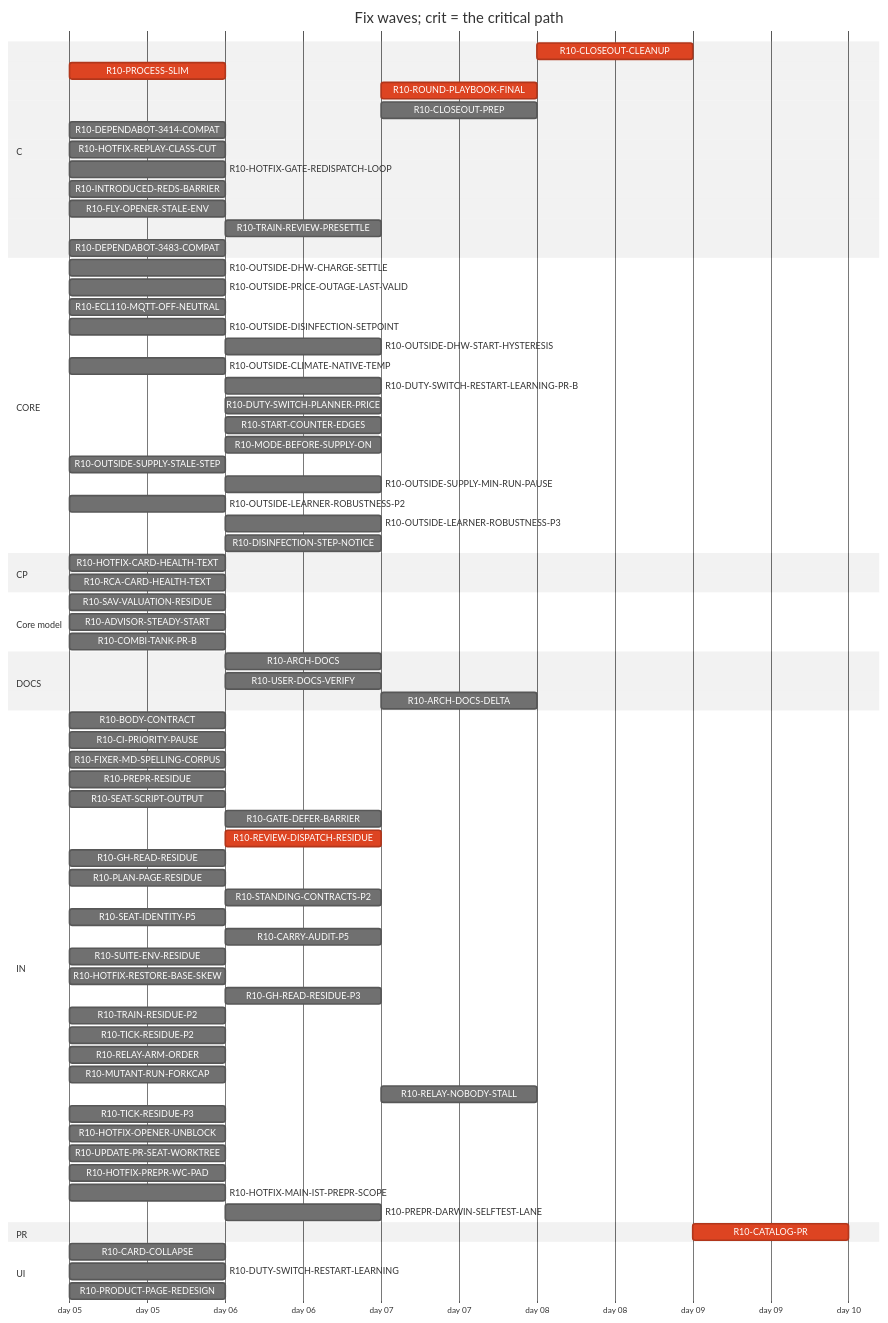
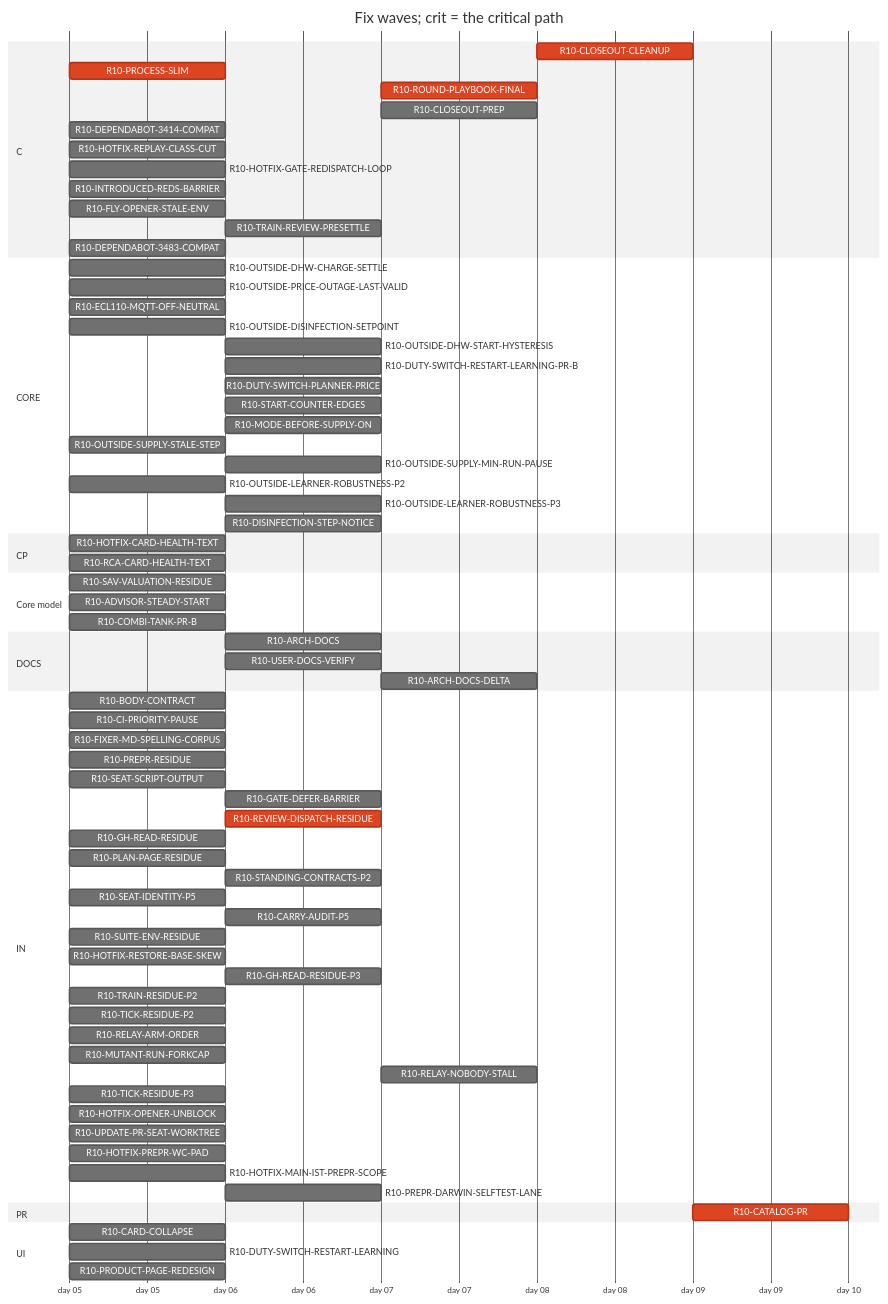
Before and after one commit to tvofi/heatpump_optimizer: the diagram in handoff/round10/state/PLAN-TABLE.md, drawn with Mermaid (neutral theme). The commit also changed other lines of this file and 3 other files, not shown here.

Commit message:
state: FLOW-BOARD.md, NEXT-SESSION-PROMPT.md, PLAN-TABLE.md, RESUME-CURRENT.md regenerated (state_docs.py)

````diff
--- a/handoff/round10/state/PLAN-TABLE.md
+++ b/handoff/round10/state/PLAN-TABLE.md
@@ -21,78 +21,77 @@
 ```mermaid
 gantt
   title Fix waves; crit = the critical path
   dateFormat YYYY-MM-DD
   axisFormat day %d
   section C
     R10-CLOSEOUT-CLEANUP :crit, r10CLOSEOUTCLEANUP, after r10ARCHDOCS r10USERDOCSVERIFY r10ROUNDPLAYBOOKFINAL r10CLOSEOUTPREP r10ARCHDOCSDELTA, 1d
     R10-PROCESS-SLIM :crit, r10PROCESSSLIM, 2026-01-05, 1d
     R10-ROUND-PLAYBOOK-FINAL :crit, r10ROUNDPLAYBOOKFINAL, after r10BODYCONTRACT r10PROCESSSLIM r10FIXERMDSPELLINGCORPUS r10PREPRRESIDUE r10SEATSCRIPTOUTPUT r10REVIEWDISPATCHRESIDUE r10CARRYAUDITP5 r10SEATIDENTITYP5 r10STANDINGCONTRACTSP2 r10PLANPAGERESIDUE r10GHREADRESIDUE r10SUITEENVRESIDUE r10GATEDEFERBARRIER, 1d
     R10-CLOSEOUT-PREP :r10CLOSEOUTPREP, after r10ARCHDOCS r10BODYCONTRACT r10PROCESSSLIM r10FIXERMDSPELLINGCORPUS r10PREPRRESIDUE r10SEATSCRIPTOUTPUT r10REVIEWDISPATCHRESIDUE r10CARRYAUDITP5 r10SEATIDENTITYP5 r10STANDINGCONTRACTSP2 r10PLANPAGERESIDUE r10GHREADRESIDUE r10SUITEENVRESIDUE r10GATEDEFERBARRIER, 1d
     R10-DEPENDABOT-3414-COMPAT :r10DEPENDABOT3414COMPAT, 2026-01-05, 1d
     R10-HOTFIX-REPLAY-CLASS-CUT :r10HOTFIXREPLAYCLASSCUT, 2026-01-05, 1d
     R10-HOTFIX-GATE-REDISPATCH-LOOP :r10HOTFIXGATEREDISPATCHLOOP, 2026-01-05, 1d
     R10-INTRODUCED-REDS-BARRIER :r10INTRODUCEDREDSBARRIER, 2026-01-05, 1d
     R10-FLY-OPENER-STALE-ENV :r10FLYOPENERSTALEENV, 2026-01-05, 1d
     R10-TRAIN-REVIEW-PRESETTLE :r10TRAINREVIEWPRESETTLE, after r10TRAINRESIDUEP2, 1d
     R10-DEPENDABOT-3483-COMPAT :r10DEPENDABOT3483COMPAT, 2026-01-05, 1d
   section CORE
     R10-OUTSIDE-DHW-CHARGE-SETTLE :r10OUTSIDEDHWCHARGESETTLE, 2026-01-05, 1d
     R10-OUTSIDE-PRICE-OUTAGE-LAST-VALID :r10OUTSIDEPRICEOUTAGELASTVALID, 2026-01-05, 1d
     R10-ECL110-MQTT-OFF-NEUTRAL :r10ECL110MQTTOFFNEUTRAL, 2026-01-05, 1d
     R10-OUTSIDE-DISINFECTION-SETPOINT :r10OUTSIDEDISINFECTIONSETPOINT, 2026-01-05, 1d
     R10-OUTSIDE-DHW-START-HYSTERESIS :r10OUTSIDEDHWSTARTHYSTERESIS, after r10OUTSIDEDISINFECTIONSETPOINT, 1d
-    R10-OUTSIDE-CLIMATE-NATIVE-TEMP :r10OUTSIDECLIMATENATIVETEMP, 2026-01-05, 1d
     R10-DUTY-SWITCH-RESTART-LEARNING-PR-B :r10DUTYSWITCHRESTARTLEARNINGPRB, after r10DUTYSWITCHRESTARTLEARNING, 1d
     R10-DUTY-SWITCH-PLANNER-PRICE :r10DUTYSWITCHPLANNERPRICE, after r10DUTYSWITCHRESTARTLEARNING, 1d
     R10-START-COUNTER-EDGES :r10STARTCOUNTEREDGES, after r10DUTYSWITCHRESTARTLEARNING, 1d
     R10-MODE-BEFORE-SUPPLY-ON :r10MODEBEFORESUPPLYON, after r10DUTYSWITCHRESTARTLEARNING, 1d
     R10-OUTSIDE-SUPPLY-STALE-STEP :r10OUTSIDESUPPLYSTALESTEP, 2026-01-05, 1d
     R10-OUTSIDE-SUPPLY-MIN-RUN-PAUSE :r10OUTSIDESUPPLYMINRUNPAUSE, after r10OUTSIDESUPPLYSTALESTEP, 1d
     R10-OUTSIDE-LEARNER-ROBUSTNESS-P2 :r10OUTSIDELEARNERROBUSTNESSP2, 2026-01-05, 1d
     R10-OUTSIDE-LEARNER-ROBUSTNESS-P3 :r10OUTSIDELEARNERROBUSTNESSP3, after r10OUTSIDELEARNERROBUSTNESSP2, 1d
     R10-DISINFECTION-STEP-NOTICE :r10DISINFECTIONSTEPNOTICE, after r10OUTSIDEDISINFECTIONSETPOINT, 1d
   section CP
     R10-HOTFIX-CARD-HEALTH-TEXT :r10HOTFIXCARDHEALTHTEXT, 2026-01-05, 1d
     R10-RCA-CARD-HEALTH-TEXT :r10RCACARDHEALTHTEXT, 2026-01-05, 1d
   section Core model
     R10-SAV-VALUATION-RESIDUE :r10SAVVALUATIONRESIDUE, 2026-01-05, 1d
     R10-ADVISOR-STEADY-START :r10ADVISORSTEADYSTART, 2026-01-05, 1d
     R10-COMBI-TANK-PR-B :r10COMBITANKPRB, 2026-01-05, 1d
   section DOCS
     R10-ARCH-DOCS :r10ARCHDOCS, after r10BODYCONTRACT r10PROCESSSLIM, 1d
     R10-USER-DOCS-VERIFY :r10USERDOCSVERIFY, after r10PRODUCTPAGEREDESIGN, 1d
     R10-ARCH-DOCS-DELTA :r10ARCHDOCSDELTA, after r10ARCHDOCS r10SAVVALUATIONRESIDUE r10ADVISORSTEADYSTART r10COMBITANKPRB, 1d
   section IN
     R10-BODY-CONTRACT :r10BODYCONTRACT, 2026-01-05, 1d
     R10-CI-PRIORITY-PAUSE :r10CIPRIORITYPAUSE, 2026-01-05, 1d
     R10-FIXER-MD-SPELLING-CORPUS :r10FIXERMDSPELLINGCORPUS, 2026-01-05, 1d
     R10-PREPR-RESIDUE :r10PREPRRESIDUE, 2026-01-05, 1d
     R10-SEAT-SCRIPT-OUTPUT :r10SEATSCRIPTOUTPUT, 2026-01-05, 1d
     R10-GATE-DEFER-BARRIER :r10GATEDEFERBARRIER, after r10HOTFIXGATEREDISPATCHLOOP, 1d
     R10-REVIEW-DISPATCH-RESIDUE :crit, r10REVIEWDISPATCHRESIDUE, after r10PROCESSSLIM, 1d
     R10-GH-READ-RESIDUE :r10GHREADRESIDUE, 2026-01-05, 1d
     R10-PLAN-PAGE-RESIDUE :r10PLANPAGERESIDUE, 2026-01-05, 1d
     R10-STANDING-CONTRACTS-P2 :r10STANDINGCONTRACTSP2, after r10FIXERMDSPELLINGCORPUS, 1d
     R10-SEAT-IDENTITY-P5 :r10SEATIDENTITYP5, 2026-01-05, 1d
     R10-CARRY-AUDIT-P5 :r10CARRYAUDITP5, after r10BODYCONTRACT, 1d
     R10-SUITE-ENV-RESIDUE :r10SUITEENVRESIDUE, 2026-01-05, 1d
     R10-HOTFIX-RESTORE-BASE-SKEW :r10HOTFIXRESTOREBASESKEW, 2026-01-05, 1d
     R10-GH-READ-RESIDUE-P3 :r10GHREADRESIDUEP3, after r10GHREADRESIDUE, 1d
     R10-TRAIN-RESIDUE-P2 :r10TRAINRESIDUEP2, 2026-01-05, 1d
     R10-TICK-RESIDUE-P2 :r10TICKRESIDUEP2, 2026-01-05, 1d
     R10-RELAY-ARM-ORDER :r10RELAYARMORDER, 2026-01-05, 1d
     R10-MUTANT-RUN-FORKCAP :r10MUTANTRUNFORKCAP, 2026-01-05, 1d
     R10-RELAY-NOBODY-STALL :r10RELAYNOBODYSTALL, after r10RELAYARMORDER r10REVIEWDISPATCHRESIDUE, 1d
     R10-TICK-RESIDUE-P3 :r10TICKRESIDUEP3, 2026-01-05, 1d
     R10-HOTFIX-OPENER-UNBLOCK :r10HOTFIXOPENERUNBLOCK, 2026-01-05, 1d
     R10-UPDATE-PR-SEAT-WORKTREE :r10UPDATEPRSEATWORKTREE, 2026-01-05, 1d
     R10-HOTFIX-PREPR-WC-PAD :r10HOTFIXPREPRWCPAD, 2026-01-05, 1d
     R10-HOTFIX-MAIN-IST-PREPR-SCOPE :r10HOTFIXMAINISTPREPRSCOPE, 2026-01-05, 1d
     R10-PREPR-DARWIN-SELFTEST-LANE :r10PREPRDARWINSELFTESTLANE, after r10HOTFIXPREPRWCPAD, 1d
   section PR
     R10-CATALOG-PR :crit, r10CATALOGPR, after r10USERDOCSVERIFY r10ARCHDOCS r10ROUNDPLAYBOOKFINAL r10CLOSEOUTCLEANUP r10CLOSEOUTPREP r10ARCHDOCSDELTA, 1d
   section UI
     R10-CARD-COLLAPSE :r10CARDCOLLAPSE, 2026-01-05, 1d
     R10-DUTY-SWITCH-RESTART-LEARNING :r10DUTYSWITCHRESTARTLEARNING, 2026-01-05, 1d
     R10-PRODUCT-PAGE-REDESIGN :r10PRODUCTPAGEREDESIGN, 2026-01-05, 1d
 ```
````
